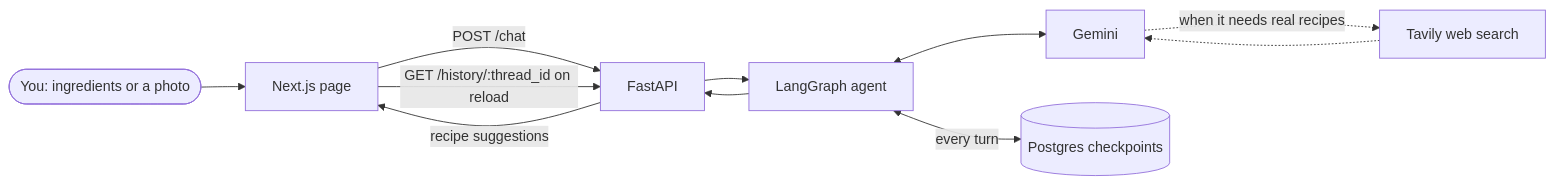
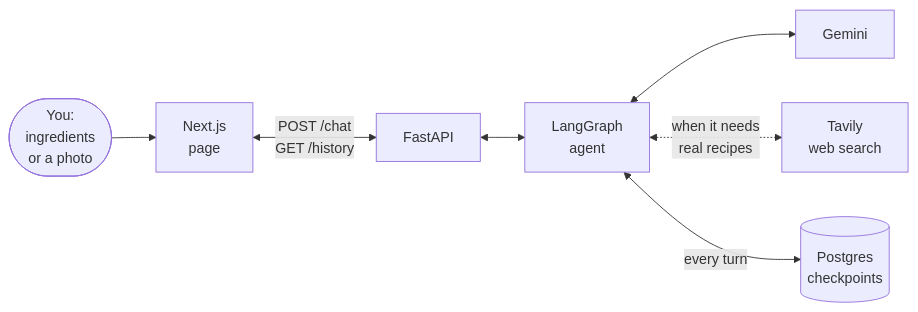
Before and after one commit to ol1ak5/my-personal-chef: the diagram in README.md, drawn with Mermaid.

Commit message:
Make the README diagram taller and more compact

````diff
--- a/README.md
+++ b/README.md
@@ -11,13 +11,9 @@
 ```mermaid
 flowchart LR
-    You(["You: ingredients or a photo"]) --> Page["Next.js page"]
-    Page -->|"POST /chat"| API["FastAPI"]
-    API --> Agent["LangGraph agent"]
+    You(["You:<br>ingredients<br>or a photo"]) --> Page["Next.js<br>page"]
+    Page <-->|"POST /chat<br>GET /history"| API["FastAPI"]
+    API <--> Agent["LangGraph<br>agent"]
     Agent <--> Gemini["Gemini"]
-    Gemini -.->|"when it needs real recipes"| Tavily["Tavily web search"]
-    Tavily -.-> Gemini
-    Agent <-->|"every turn"| DB[("Postgres checkpoints")]
-    Agent --> API
-    API -->|"recipe suggestions"| Page
-    Page -->|"GET /history/:thread_id on reload"| API
+    Agent <-.->|"when it needs<br>real recipes"| Tavily["Tavily<br>web search"]
+    Agent <-->|"every turn"| DB[("Postgres<br>checkpoints")]
 ```
````
